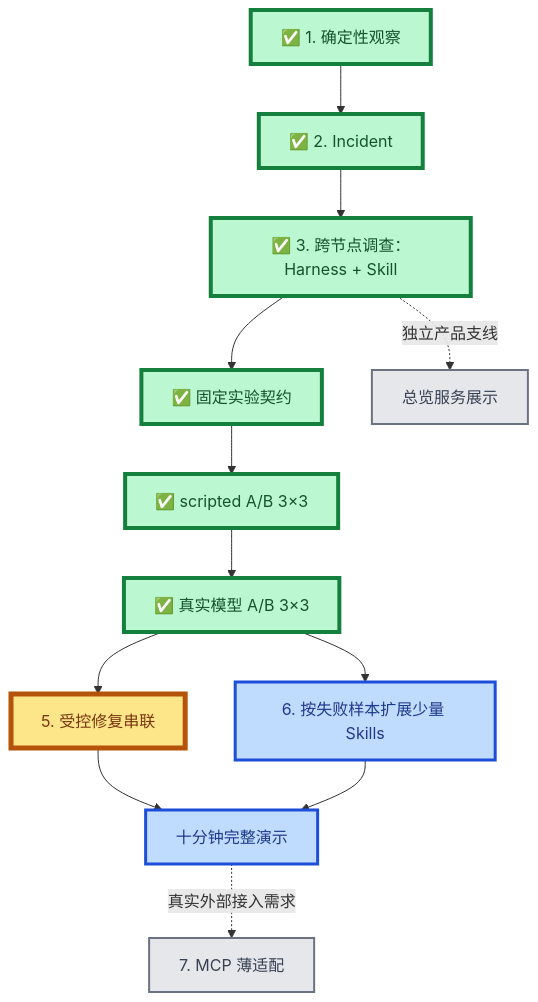
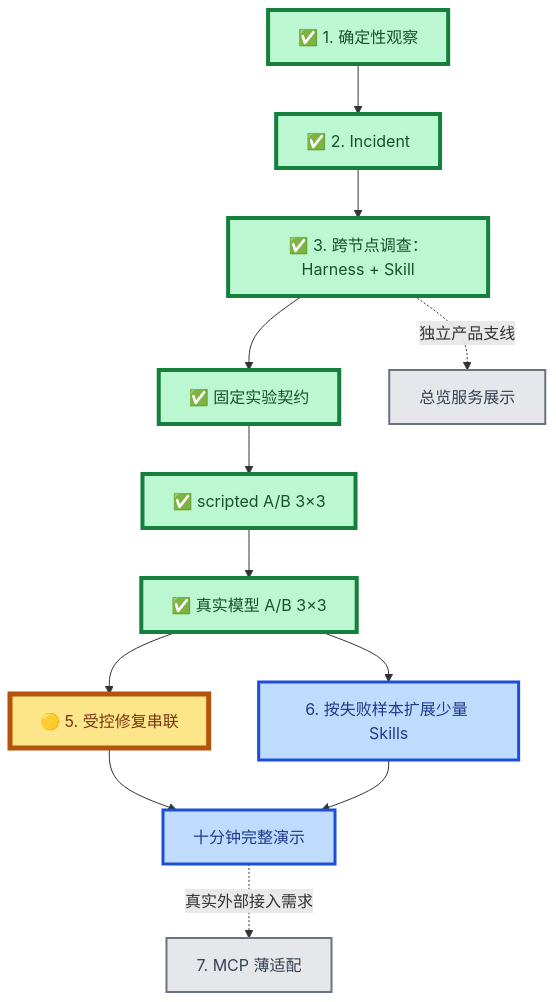
One commit to Sugarfarmeriod/TunnelMinion changed the first of 2 diagrams in docs/project/roadmap.md. Above: the diagram before and after it, drawn with Mermaid. The commit also changed other lines of this file and 25 other files, not shown here.

````diff
--- a/docs/project/roadmap.md
+++ b/docs/project/roadmap.md
@@ -8,26 +8,26 @@
 ```mermaid
 flowchart TB
     A["✅ 1. 确定性观察"] --> B["✅ 2. Incident"]
     B --> C["✅ 3. 跨节点调查：Harness + Skill"]
 
     C --> D1["✅ 固定实验契约"]
     D1 --> D2["✅ scripted A/B 3×3"]
     D2 --> D3["✅ 真实模型 A/B 3×3"]
 
-    D3 --> E["5. 受控修复串联"]
+    D3 --> E["🟡 5. 受控修复串联"]
     D3 --> F["6. 按失败样本扩展少量 Skills"]
     E --> H["十分钟完整演示"]
     F --> H
     H -.真实外部接入需求.-> G["7. MCP 薄适配"]
 
     C -.独立产品支线.-> U["总览服务展示"]
 
     classDef done fill:#bbf7d0,stroke:#15803d,stroke-width:4px,color:#14532d;
     classDef current fill:#fde68a,stroke:#b45309,stroke-width:5px,color:#78350f;
     classDef next fill:#bfdbfe,stroke:#1d4ed8,stroke-width:3px,color:#1e3a8a;
     classDef later fill:#e5e7eb,stroke:#6b7280,stroke-width:2px,color:#374151;
     class A,B,C,D1,D2,D3 done;
     class E current;
     class F,H next;
     class G,U later;
 ```
````
